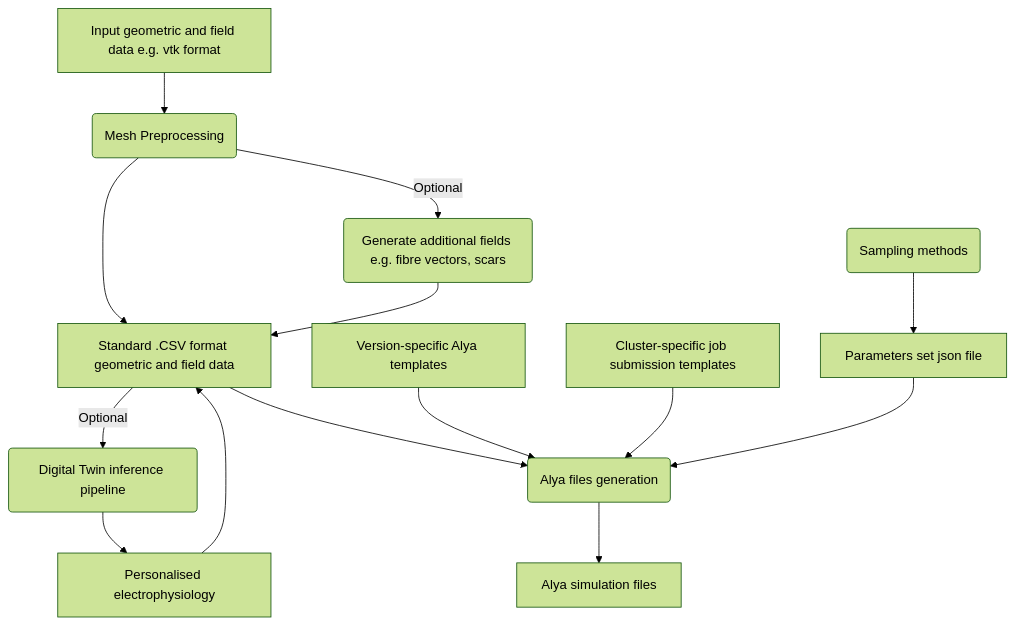
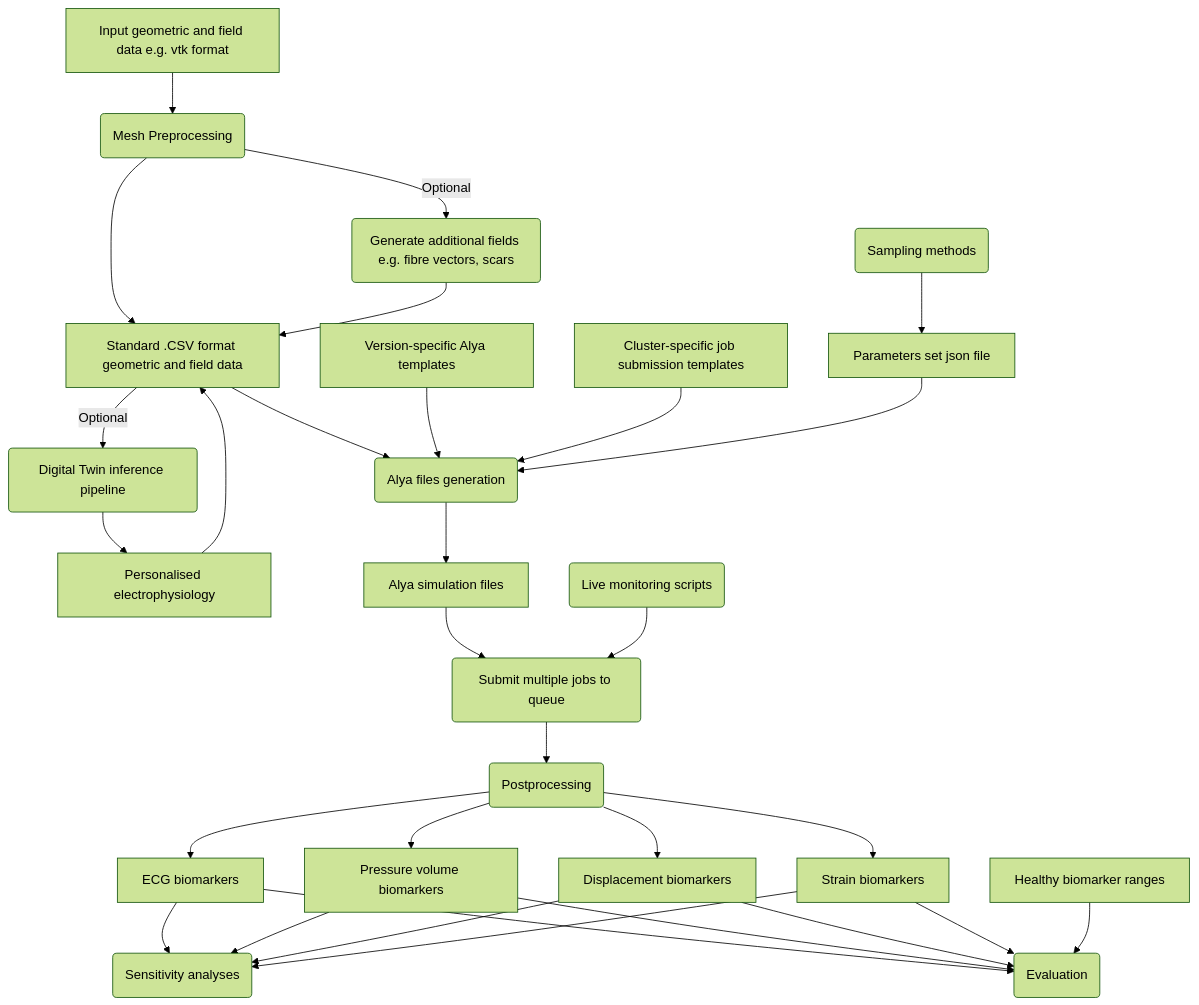
Before and after one commit to jennyhelyanwe/Alya_input_setup: the diagram in README.md, drawn with Mermaid (forest theme).

````diff
--- a/README.md
+++ b/README.md
@@ -6,16 +6,33 @@
 ```mermaid
 graph TD;
     A[Input geometric and field data e.g. vtk format]-->B(Mesh Preprocessing)
     B --> C[Standard .CSV format geometric and field data];
     B --> |Optional| D(Generate additional fields e.g. fibre vectors, scars);
     D --> C;
     C -->|Optional| E(Digital Twin inference pipeline);
     E --> F;
     F[Personalised electrophysiology] --> C;
     C --> G(Alya files generation);
     H[Version-specific Alya templates] --> G;
     I[Cluster-specific job submission templates] --> G;
     J[Parameters set json file] -->G;
     K(Sampling methods)-->J;
     G --> L[Alya simulation files];
+    L --> M(Submit multiple jobs to queue);
+    N(Live monitoring scripts) --> M;
+    M --> O(Postprocessing);
+    O --> P[ECG biomarkers];
+    O --> Q[Pressure volume biomarkers];
+    O --> R[Displacement biomarkers];
+    O --> S[Strain biomarkers];
+    P --> T(Sensitivity analyses);
+    Q --> T;
+    R --> T;
+    S --> T;
+    P --> V(Evaluation);
+    Q --> V;
+    R --> V;
+    S --> V;
+    U[Healthy biomarker ranges] --> V;
+    
 ```
````
